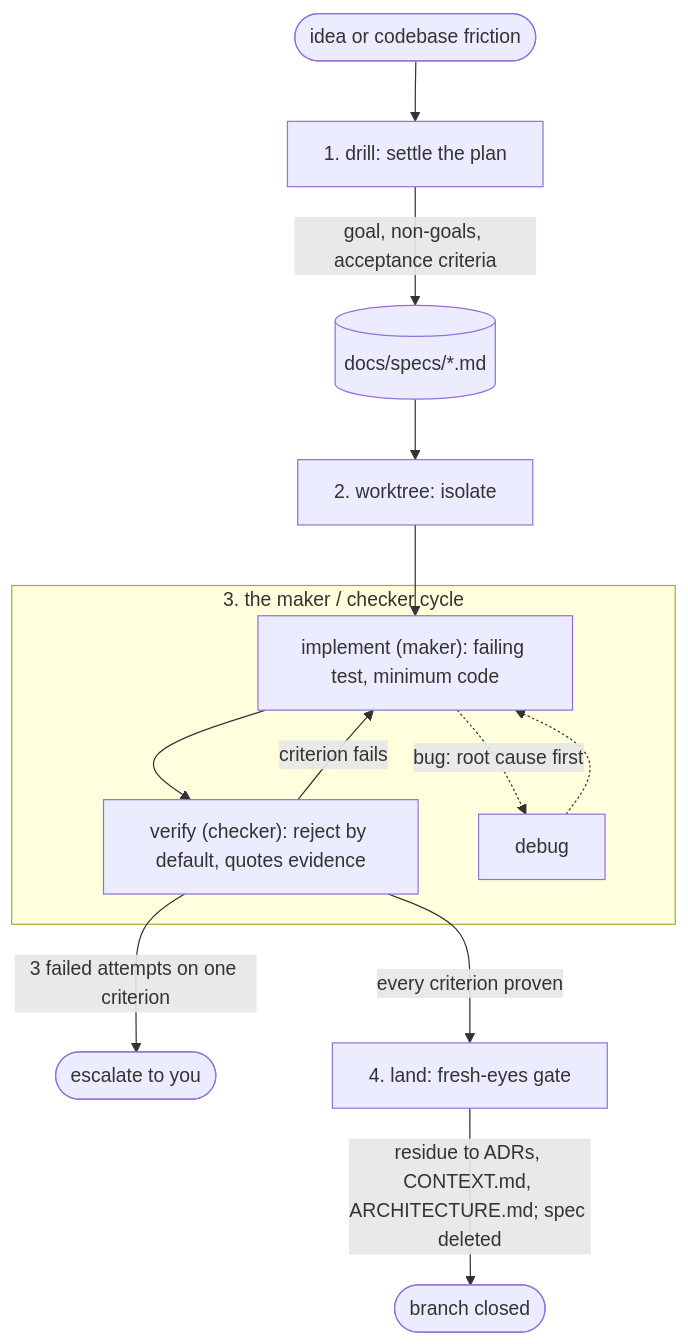
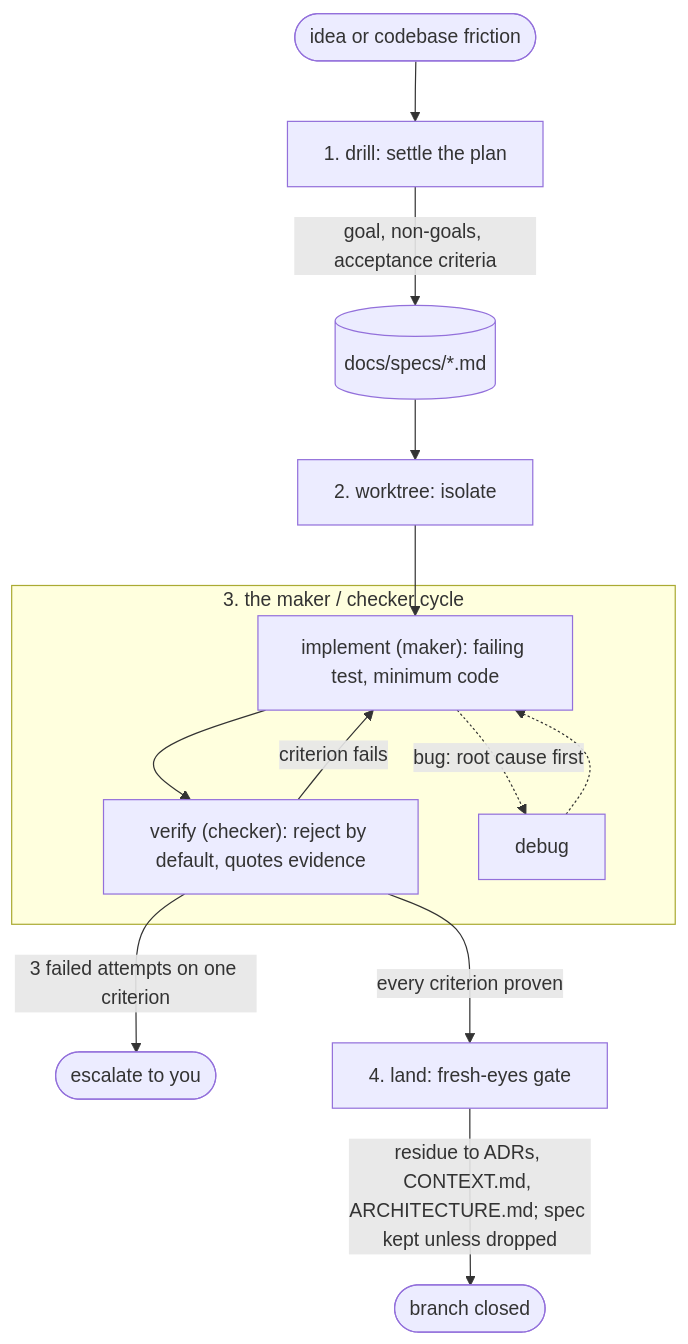
The diagram in README.md (gitshrl/skills), drawn with Mermaid before and after one commit. The commit also changed other lines of this file and 3 other files, not shown here.

Commit message:
keep the spec on land unless the user asks to delete it

````diff
--- a/README.md
+++ b/README.md
@@ -60,18 +60,18 @@
 ```mermaid
 flowchart TD
     idea([idea or codebase friction]) --> drill["1. drill: settle the plan"]
     drill -- "goal, non-goals, acceptance criteria" --> spec[("docs/specs/*.md")]
     spec --> wt["2. worktree: isolate"]
     wt --> impl
 
     subgraph cycle["3. the maker / checker cycle"]
         impl["implement (maker): failing test, minimum code"] --> verify["verify (checker): reject by default, quotes evidence"]
         verify -- "criterion fails" --> impl
         impl -. "bug: root cause first" .-> debug
         debug -.-> impl
     end
 
     verify -- "3 failed attempts on one criterion" --> you(["escalate to you"])
     verify -- "every criterion proven" --> land["4. land: fresh-eyes gate"]
-    land -- "residue to ADRs, CONTEXT.md, ARCHITECTURE.md; spec deleted" --> done([branch closed])
+    land -- "residue to ADRs, CONTEXT.md, ARCHITECTURE.md; spec kept unless dropped" --> done([branch closed])
 ```
````
